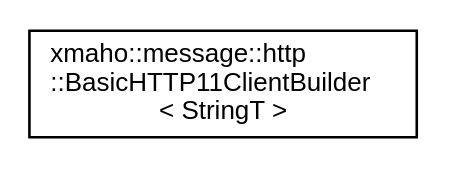
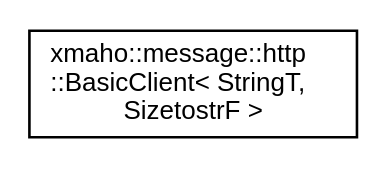
One commit to forno/xmaho changed the diagram in inherit_graph_1.dot. Above: the diagram before and after it, drawn with Graphviz. The commit also changed 74 other files, not shown here.

```diff
--- a/inherit_graph_1.dot
+++ b/inherit_graph_1.dot
@@ -1,8 +1,8 @@
 digraph "Graphical Class Hierarchy"
 {
  // LATEX_PDF_SIZE
   edge [fontname="Helvetica",fontsize="10",labelfontname="Helvetica",labelfontsize="10"];
   node [fontname="Helvetica",fontsize="10",shape=record];
   rankdir="LR";
-  Node0 [label="xmaho::message::http\l::BasicHTTP11ClientBuilder\l\< StringT \>",height=0.2,width=0.4,color="black", fillcolor="white", style="filled",URL="$classxmaho_1_1message_1_1http_1_1_basic_h_t_t_p11_client_builder.html",tooltip="HTTP/1.1 message generator."];
+  Node0 [label="xmaho::message::http\l::BasicClient\< StringT,\l SizetostrF \>",height=0.2,width=0.4,color="black", fillcolor="white", style="filled",URL="$classxmaho_1_1message_1_1http_1_1_basic_client.html",tooltip="HTTP 0.9, 1.0 or 1.1 message holder."];
 }
```
